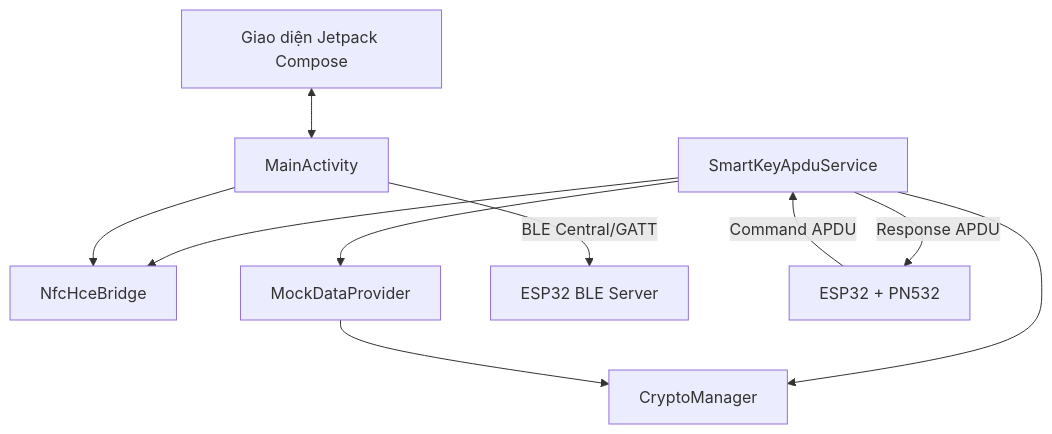
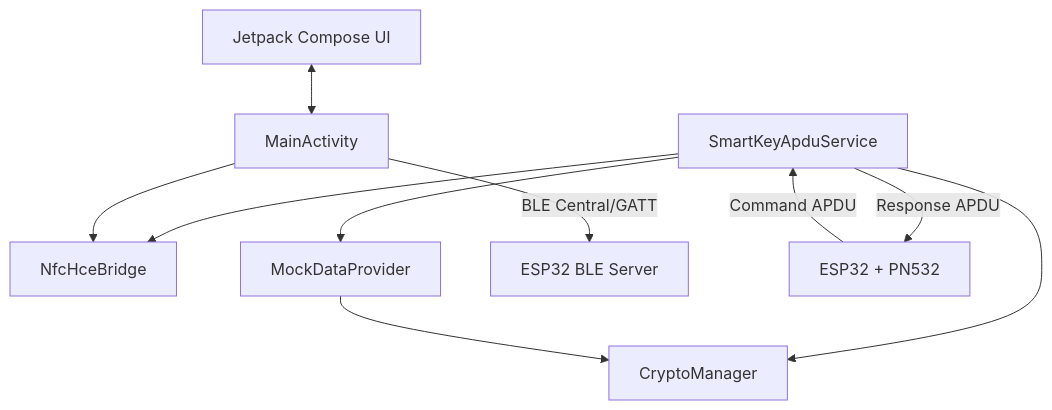
The first of 3 diagrams in README.md (NTHieu-bk/SmartKeyAccess), drawn with Mermaid before and after one commit. The commit also changed other lines of this file, not shown here.

Commit message:
[Hieu] docs: refine README with In-Scope/Out-of-Scope, quote Mermaid labels, and strip AI markers

````diff
--- a/README.md
+++ b/README.md
@@ -168,23 +163,23 @@
 ```mermaid
 flowchart TD
-    UI[Giao diện Jetpack Compose]
-    Main[MainActivity]
-    HCE[SmartKeyApduService]
-    Bridge[NfcHceBridge]
-    Crypto[CryptoManager]
-    Mock[MockDataProvider]
+    UI["Jetpack Compose UI"]
+    Main["MainActivity"]
+    HCE["SmartKeyApduService"]
+    Bridge["NfcHceBridge"]
+    Crypto["CryptoManager"]
+    Mock["MockDataProvider"]
 
     UI <--> Main
 
-    Main -->|BLE Central/GATT| ESP[ESP32 BLE Server]
+    Main -->|BLE Central/GATT| ESP["ESP32 BLE Server"]
 
-    PN[ESP32 + PN532] -->|Command APDU| HCE
+    PN["ESP32 + PN532"] -->|Command APDU| HCE
     HCE -->|Response APDU| PN
 
     HCE --> Bridge
     Main --> Bridge
 
     HCE --> Crypto
     HCE --> Mock
     Mock --> Crypto
 ```
````
